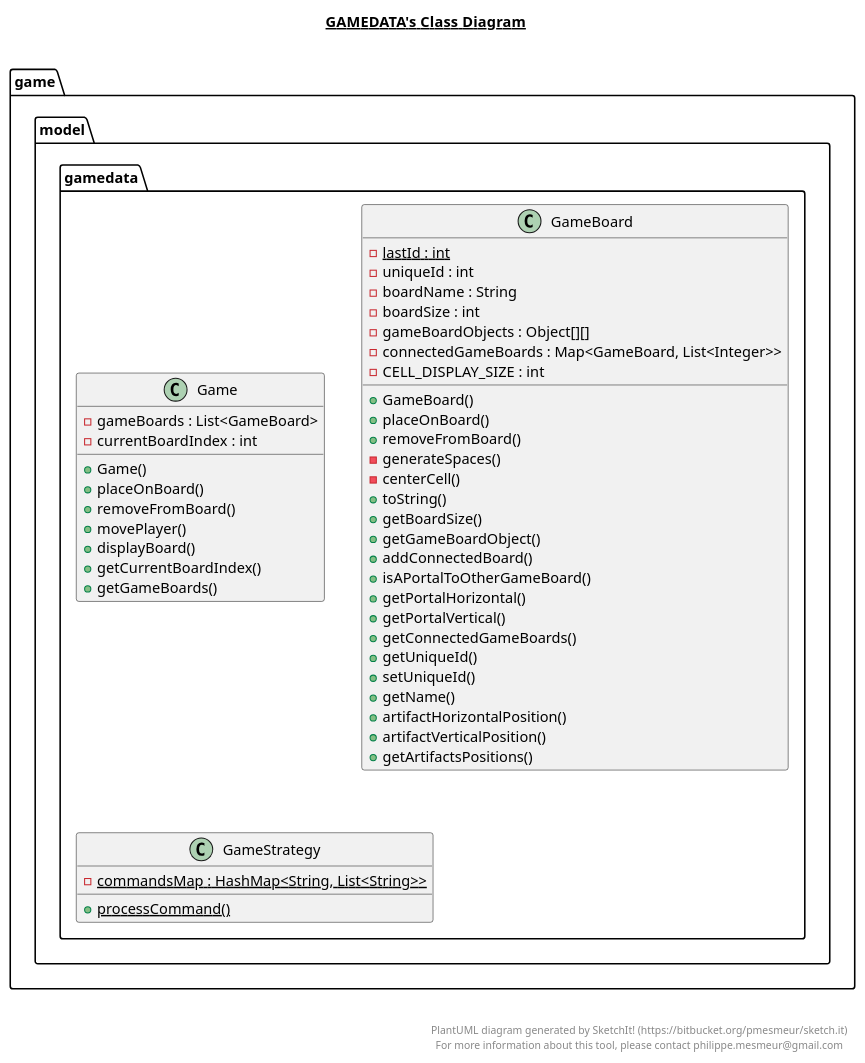
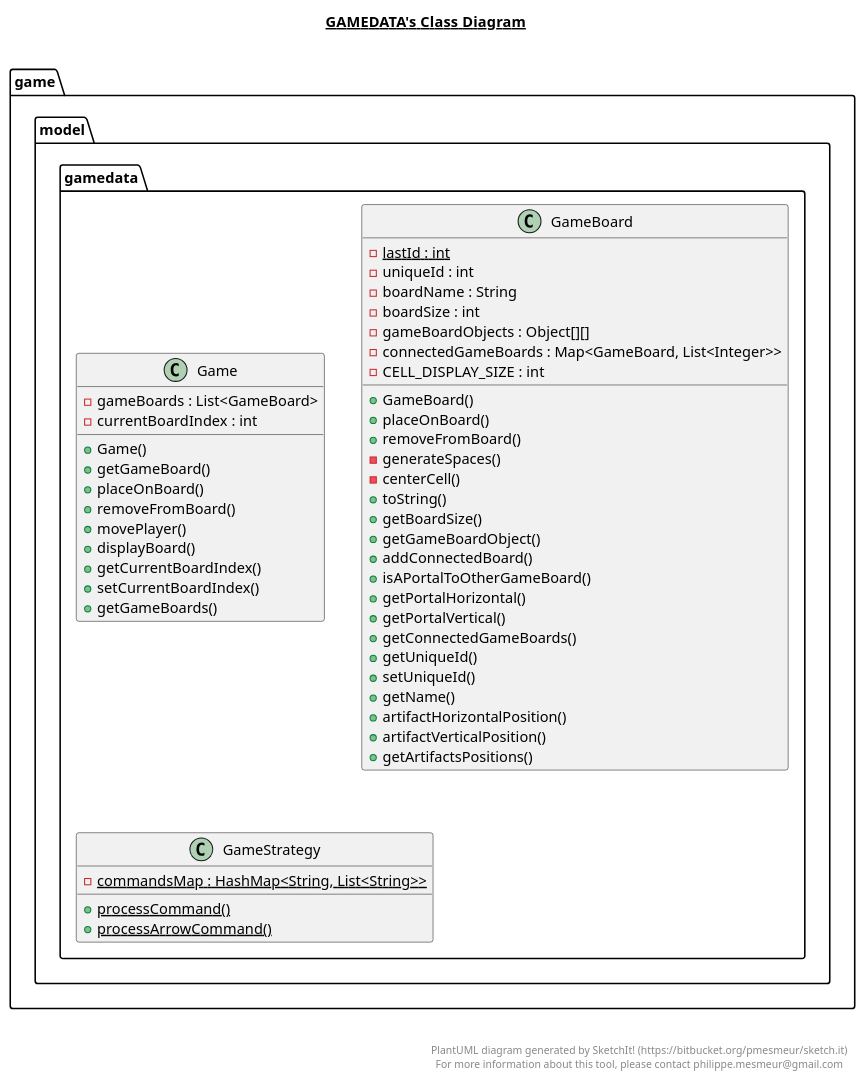
The diagram in src/game/model/gamedata/gamedata.plantuml (rflorian2017/TextAdventureGame), drawn with PlantUML before and after one commit. The commit also changed 6 other files, not shown here.

```diff
--- a/src/game/model/gamedata/gamedata.plantuml
+++ b/src/game/model/gamedata/gamedata.plantuml
@@ -1,81 +1,84 @@
 @startuml
 
 title __GAMEDATA's Class Diagram__\n
 
   package game {
     package game.model {
       package game.model.gamedata {
         class Game {
             - gameBoards : List<GameBoard>
             - currentBoardIndex : int
             + Game()
+            + getGameBoard()
             + placeOnBoard()
             + removeFromBoard()
             + movePlayer()
             + displayBoard()
             + getCurrentBoardIndex()
+            + setCurrentBoardIndex()
             + getGameBoards()
         }
       }
     }
   }
   
 
   package game {
     package game.model {
       package game.model.gamedata {
         class GameBoard {
             {static} - lastId : int
             - uniqueId : int
             - boardName : String
             - boardSize : int
             - gameBoardObjects : Object[][]
             - connectedGameBoards : Map<GameBoard, List<Integer>>
             - CELL_DISPLAY_SIZE : int
             + GameBoard()
             + placeOnBoard()
             + removeFromBoard()
             - generateSpaces()
             - centerCell()
             + toString()
             + getBoardSize()
             + getGameBoardObject()
             + addConnectedBoard()
             + isAPortalToOtherGameBoard()
             + getPortalHorizontal()
             + getPortalVertical()
             + getConnectedGameBoards()
             + getUniqueId()
             + setUniqueId()
             + getName()
             + artifactHorizontalPosition()
             + artifactVerticalPosition()
             + getArtifactsPositions()
         }
       }
     }
   }
   
 
   package game {
     package game.model {
       package game.model.gamedata {
         class GameStrategy {
             {static} - commandsMap : HashMap<String, List<String>>
             {static} + processCommand()
+            {static} + processArrowCommand()
         }
       }
     }
   }
   
 
 
 
 right footer
 
 
 PlantUML diagram generated by SketchIt! (https://bitbucket.org/pmesmeur/sketch.it)
 For more information about this tool, please contact philippe.mesmeur@gmail.com
 endfooter
 
 @enduml
```
